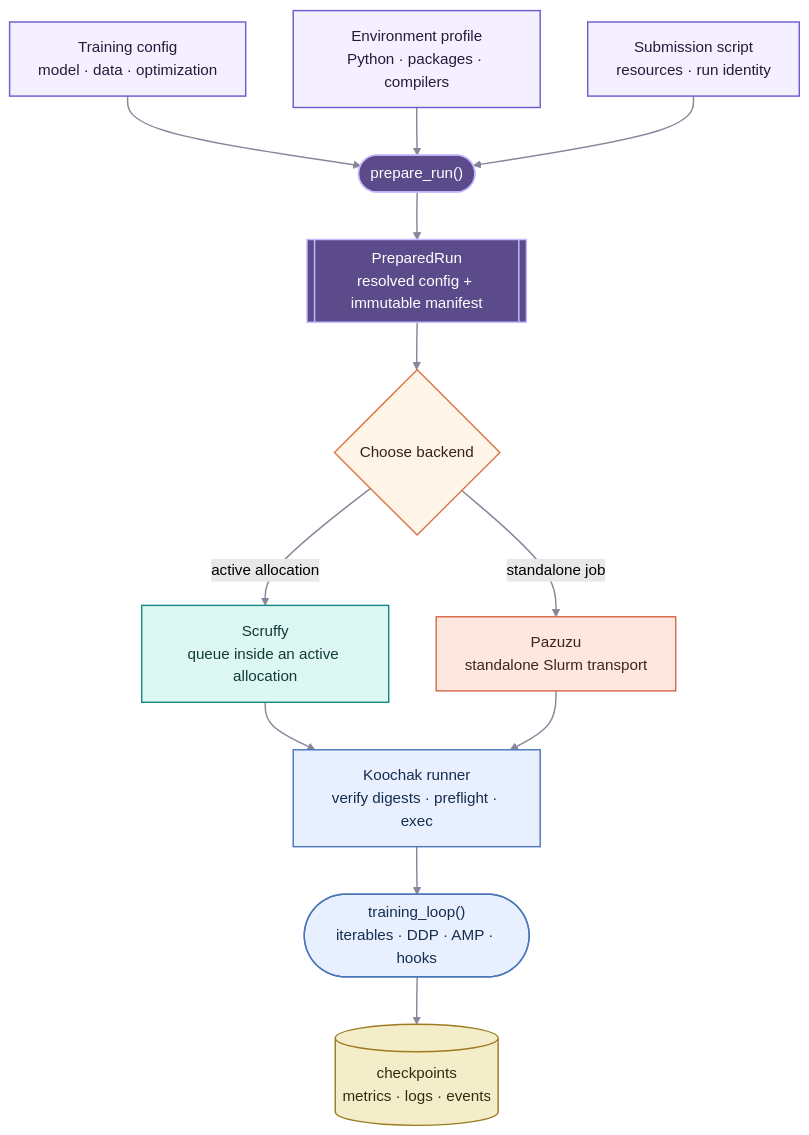
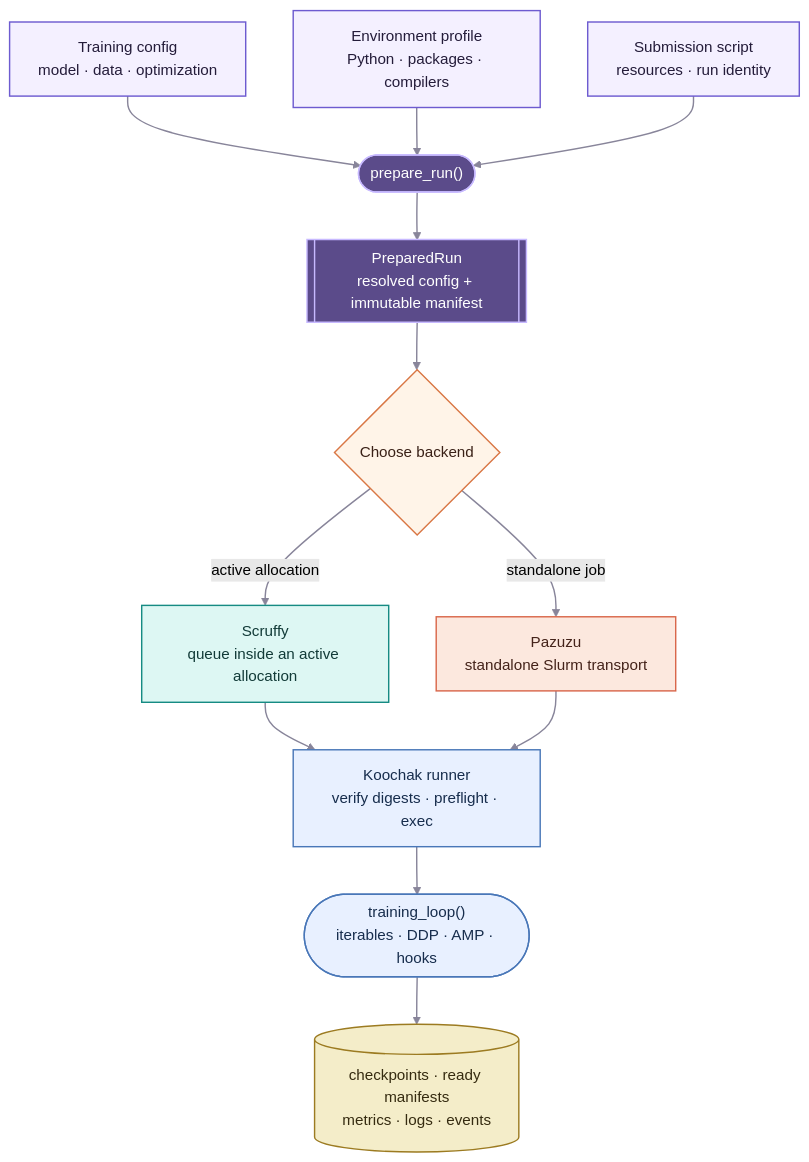
Before and after one commit to jamaliki/koochak: the first of 2 diagrams in README.md, drawn with Mermaid (forest theme). The commit also changed other lines of this file, not shown here.

Commit message:
Show checkpoint publication in architecture

````diff
--- a/README.md
+++ b/README.md
@@ -28,53 +28,53 @@
 ```mermaid
 flowchart TB
     config["Training config
 model · data · optimization"]
     profile["Environment profile
 Python · packages · compilers"]
     script["Submission script
 resources · run identity"]
 
     prepare(["prepare_run()"])
     bundle[["PreparedRun
 resolved config + immutable manifest"]]
     route{"Choose backend"}
 
     scruffy["Scruffy
 queue inside an active allocation"]
     pazuzu["Pazuzu
 standalone Slurm transport"]
 
     runner["Koochak runner
 verify digests · preflight · exec"]
     loop(["training_loop()
 iterables · DDP · AMP · hooks"])
-    outputs[("checkpoints
+    outputs[("checkpoints · ready manifests
 metrics · logs · events")]
 
     config --> prepare
     profile --> prepare
     script --> prepare
     prepare --> bundle --> route
     route -->|active allocation| scruffy
     route -->|standalone job| pazuzu
     scruffy --> runner
     pazuzu --> runner
     runner --> loop --> outputs
 
     classDef input fill:#F4F0FF,stroke:#6D5BD0,color:#241C3A,stroke-width:1.5px;
     classDef core fill:#5B4B8A,stroke:#C7B9FF,color:#FFFFFF,stroke-width:1.5px;
     classDef choice fill:#FFF4E8,stroke:#D97745,color:#3A2117,stroke-width:1.5px;
     classDef scruffyNode fill:#DDF7F3,stroke:#168B83,color:#123B38,stroke-width:1.5px;
     classDef pazuzuNode fill:#FCE8DE,stroke:#D9674B,color:#44231A,stroke-width:1.5px;
     classDef runtime fill:#E8F0FF,stroke:#4977B8,color:#172D4D,stroke-width:1.5px;
     classDef result fill:#F4EDC9,stroke:#9C7B21,color:#352B10,stroke-width:1.5px;
 
     class config,profile,script input;
     class prepare,bundle core;
     class route choice;
     class scruffy scruffyNode;
     class pazuzu pazuzuNode;
     class runner,loop runtime;
     class outputs result;
     linkStyle default stroke:#88859A,stroke-width:1.5px;
 ```
````
